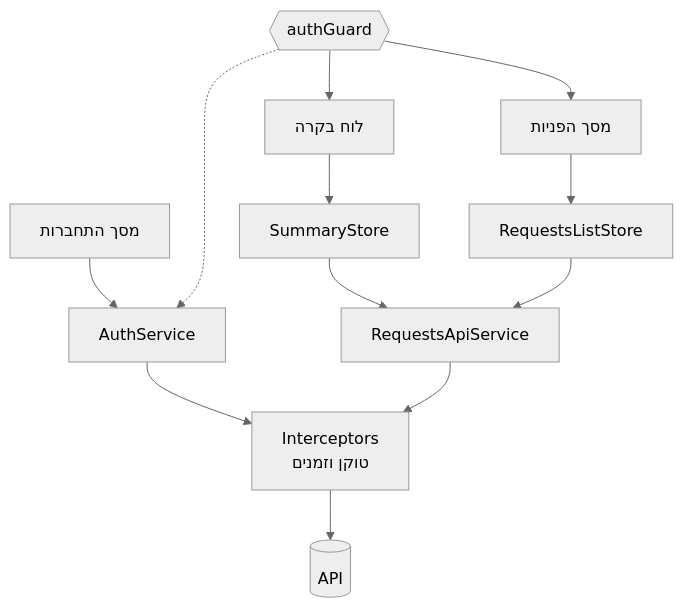
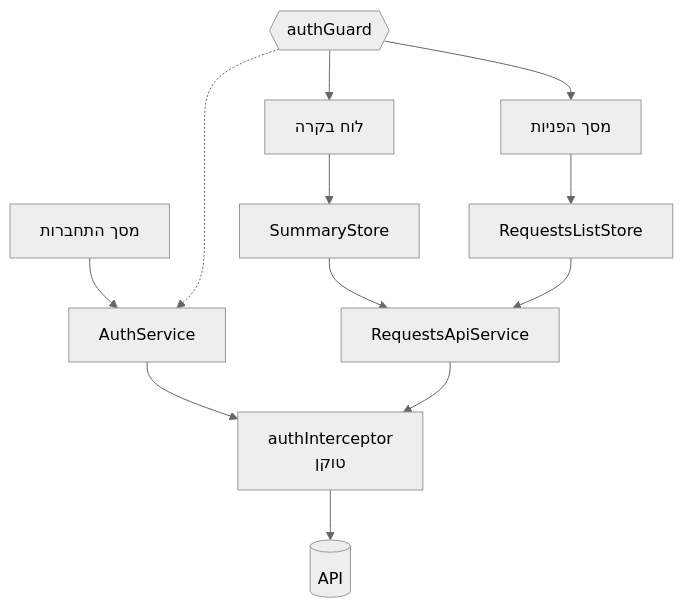
One commit to naomy55978/requests-management changed the sixth of 8 diagrams in PROJECT_SUMMARY.md. Above: the diagram before and after it, drawn with Mermaid (neutral theme). The commit also changed other lines of this file and 4 other files, not shown here.

````diff
--- a/PROJECT_SUMMARY.md
+++ b/PROJECT_SUMMARY.md
@@ -140,14 +139,14 @@
 ```mermaid
 flowchart TB
   L["מסך התחברות"] --> AS["AuthService"]
   G{{"authGuard"}} --> DP["לוח בקרה"]
   G --> RP["מסך הפניות"]
   G -.-> AS
   DP --> SS["SummaryStore"]
   RP --> RS["RequestsListStore"]
   SS --> API["RequestsApiService"]
   RS --> API
-  AS --> I["Interceptors<br/>טוקן וזמנים"]
+  AS --> I["authInterceptor<br/>טוקן"]
   API --> I
   I --> S[("API")]
 ```
````
